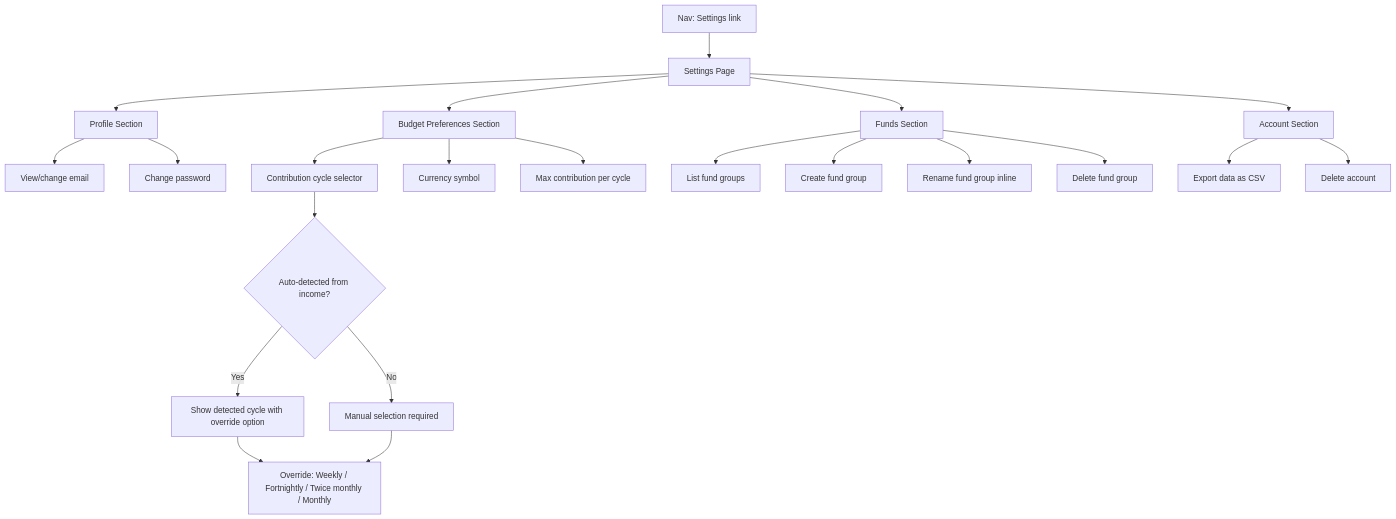
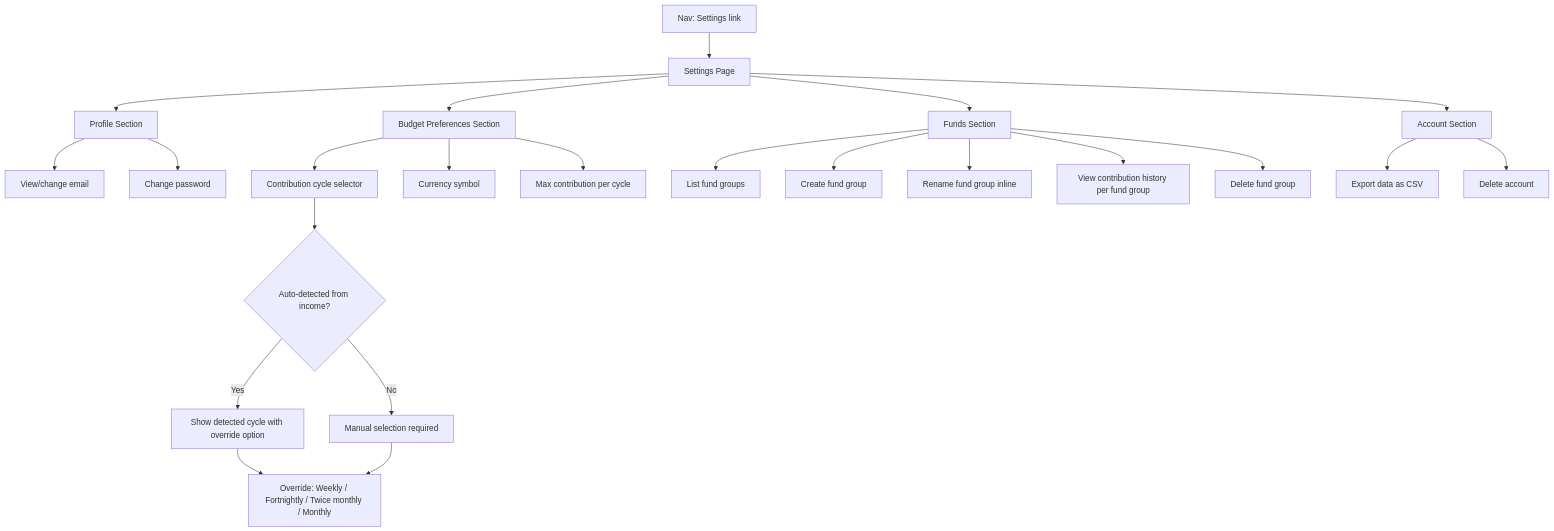
The diagram in specs/13-settings.md (bendechrai/budget-tracker), drawn with Mermaid before and after one commit. The commit also changed other lines of this file and 9 other files, not shown here.

First line of the commit message:
Move contribution history from edit obligation page to Settings → Funds

````diff
--- a/specs/13-settings.md
+++ b/specs/13-settings.md
@@ -9,29 +9,30 @@
 ```mermaid
 flowchart TD
     A[Nav: Settings link] --> B[Settings Page]
     B --> C[Profile Section]
     B --> D[Budget Preferences Section]
     B --> F[Funds Section]
     B --> E[Account Section]
 
     C --> C1[View/change email]
     C --> C2[Change password]
 
     D --> D1[Contribution cycle selector]
     D --> D2[Currency symbol]
     D --> D3[Max contribution per cycle]
 
     D1 --> D1a{Auto-detected from income?}
     D1a -->|Yes| D1b[Show detected cycle with override option]
     D1a -->|No| D1c[Manual selection required]
     D1b --> D1d[Override: Weekly / Fortnightly / Twice monthly / Monthly]
     D1c --> D1d
 
     F --> F1[List fund groups]
     F --> F2[Create fund group]
     F --> F3[Rename fund group inline]
+    F --> F5[View contribution history per fund group]
     F --> F4[Delete fund group]
 
     E --> E1[Export data as CSV]
     E --> E2[Delete account]
 ```
````
